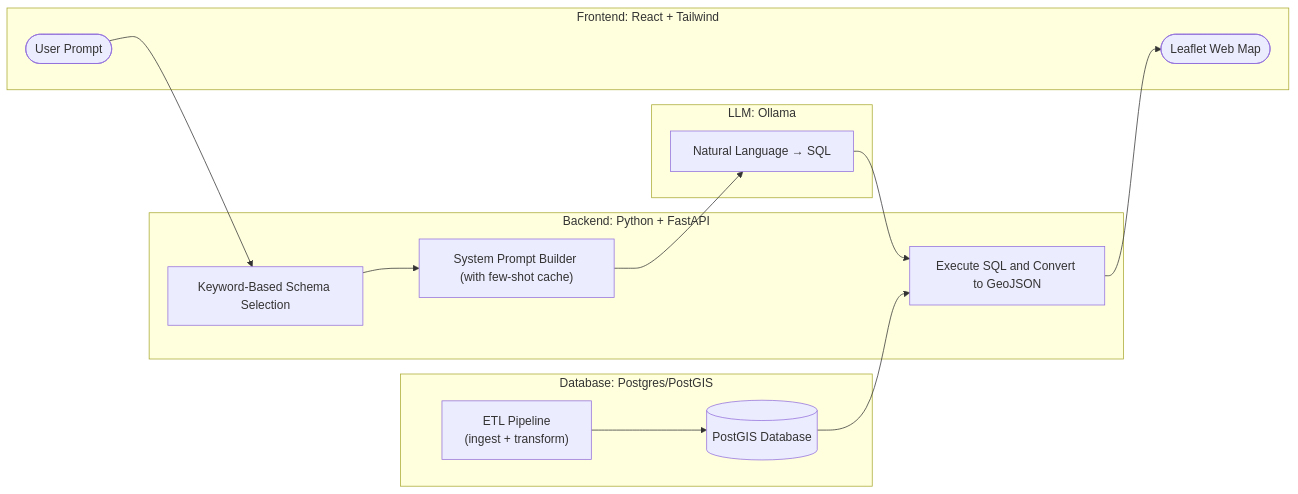
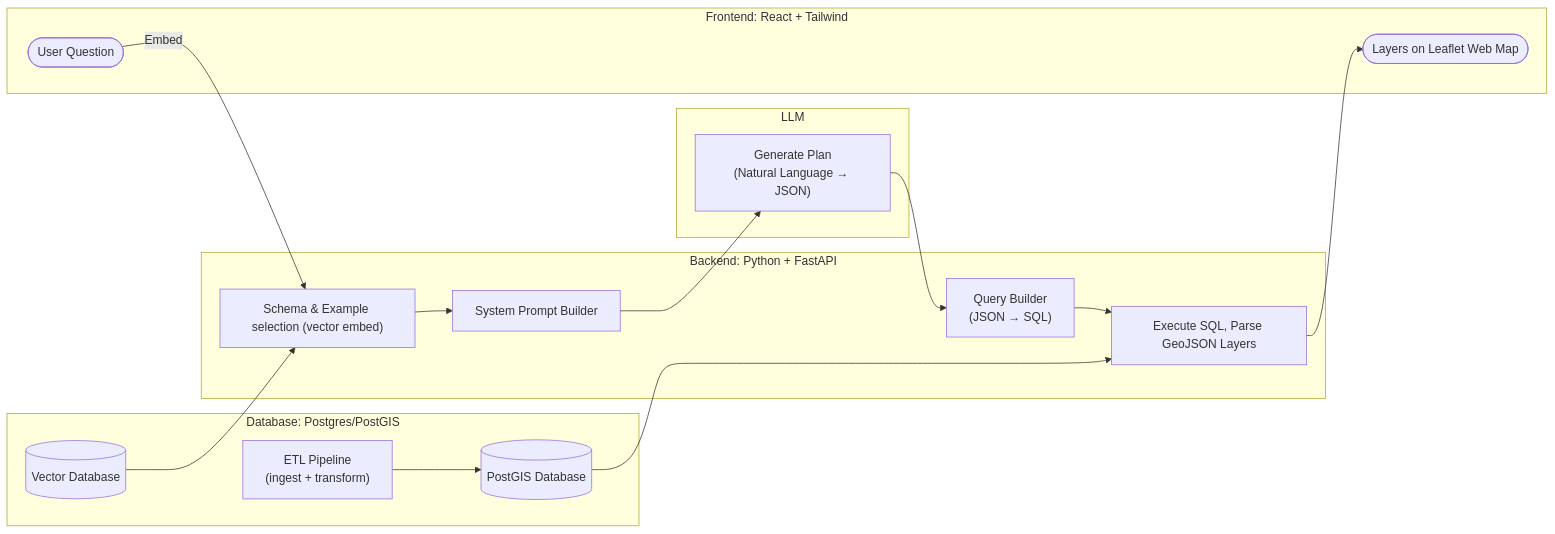
The diagram in README.md (connorcrowe/geoff), drawn with Mermaid before and after one commit. The commit also changed other lines of this file, not shown here.

Commit message:
Update README. Geoff 0.2. Add query builder (just 'select' questions), add multi-layer support, add vector embedded examples and schemas

````diff
--- a/README.md
+++ b/README.md
@@ -45,32 +80,36 @@
 ```mermaid
 flowchart LR
     subgraph Data["Database: Postgres/PostGIS"]
         ETL["ETL Pipeline<br>(ingest + transform)"] --> DB[("PostGIS Database")]
+        Vector_DB[("Vector Database")]
     end
 
     subgraph Backend["Backend: Python + FastAPI"]
-        Schema["Keyword-Based Schema Selection"]
-        Prompt["System Prompt Builder (with few-shot cache)"]
-        Exec["Execute SQL and Convert to GeoJSON"]
+        Schema["Schema & Example selection (vector embed)"]
+        Prompt["System Prompt Builder"]
+        Query_Builder["Query Builder<br>(JSON → SQL)"]
+        Exec["Execute SQL, Parse GeoJSON Layers"]
     end
 
-    subgraph Ollama["LLM: Ollama"]
-        LLM["Natural Language → SQL"]
+    subgraph Ollama["LLM"]
+        LLM["Generate Plan<br>(Natural Language → JSON)"]
     end
 
     subgraph Frontend["Frontend: React + Tailwind"]
-        UserPrompt(["User Prompt"])
-        Leaflet(["Leaflet Web Map"])
+        UserPrompt(["User Question"])
+        Leaflet(["Layers on Leaflet Web Map"])
     end
 
     Frontend ~~~ Backend
     Backend ~~~ DB
 
+    UserPrompt --Embed--> Schema
+    Vector_DB --> Schema
     Schema --> Prompt
     Prompt --> LLM
-    LLM --> Exec
+    LLM --> Query_Builder
+    Query_Builder --> Exec
     DB --> Exec
 
-    UserPrompt --> Schema
     Exec --> Leaflet
 ```
````
